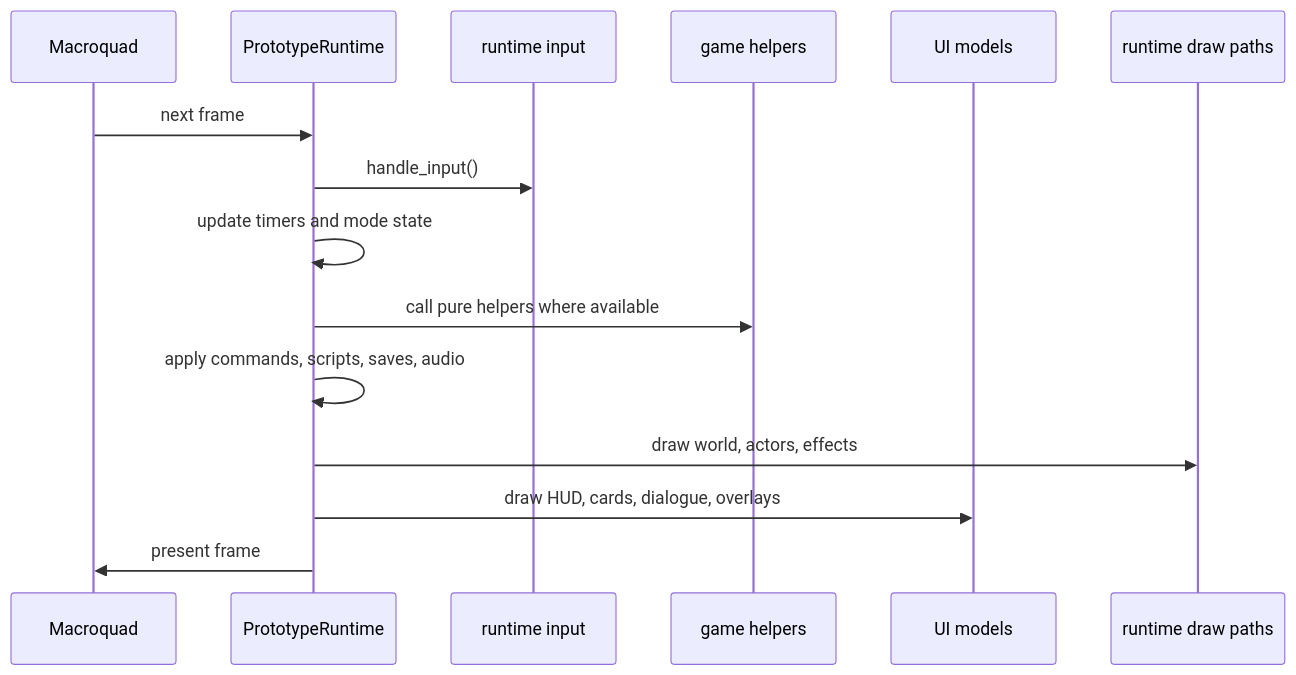
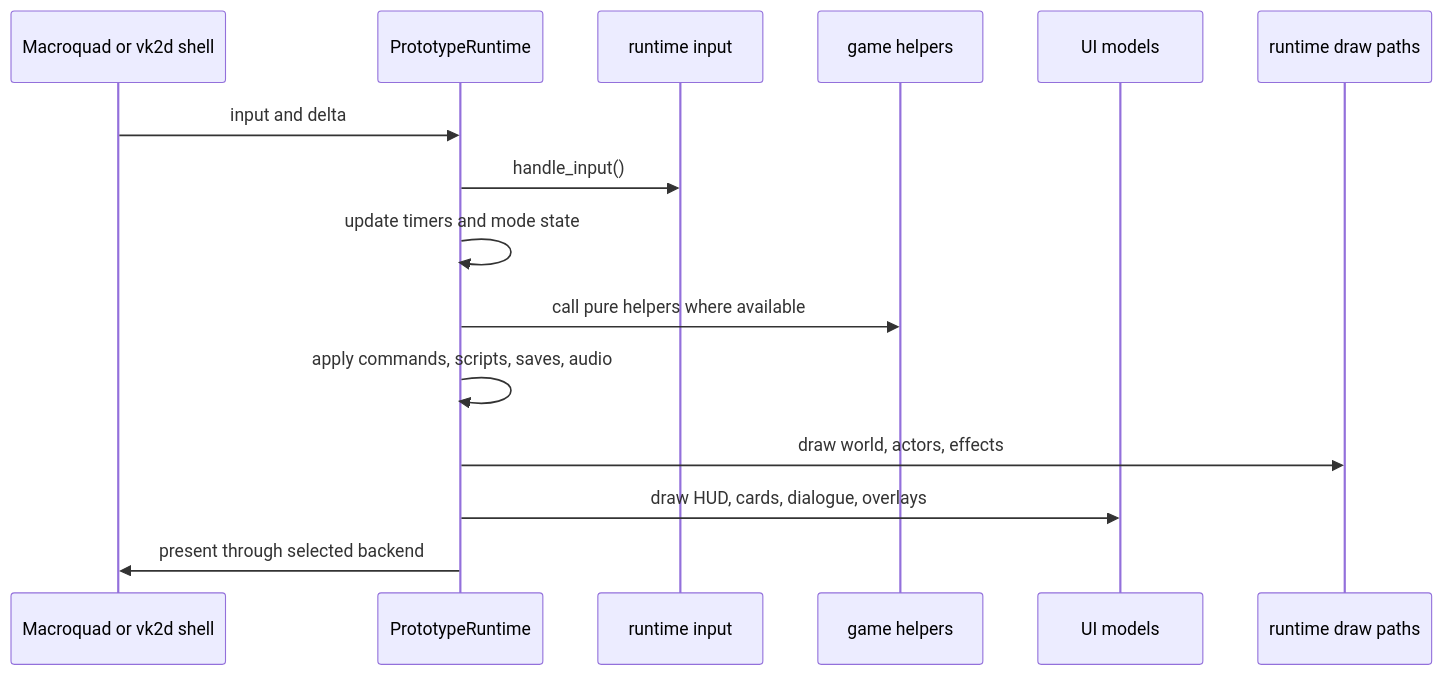
The first of 4 diagrams in src/content/docs/pages/architecture/runtime-loop.md (soulwax/EchoWiki), drawn with Mermaid before and after one commit. The commit also changed other lines of this file and 17 other files, not shown here.

````diff
--- a/src/content/docs/pages/architecture/runtime-loop.md
+++ b/src/content/docs/pages/architecture/runtime-loop.md
@@ -11,18 +13,18 @@
 ```mermaid
 sequenceDiagram
-    participant MQ as Macroquad
+    participant Shell as Macroquad or vk2d shell
     participant RT as PrototypeRuntime
     participant Input as runtime input
     participant Game as game helpers
     participant UI as UI models
     participant Draw as runtime draw paths
 
-    MQ->>RT: next frame
+    Shell->>RT: input and delta
     RT->>Input: handle_input()
     RT->>RT: update timers and mode state
     RT->>Game: call pure helpers where available
     RT->>RT: apply commands, scripts, saves, audio
     RT->>Draw: draw world, actors, effects
     RT->>UI: draw HUD, cards, dialogue, overlays
-    RT->>MQ: present frame
+    RT->>Shell: present through selected backend
 ```
````
